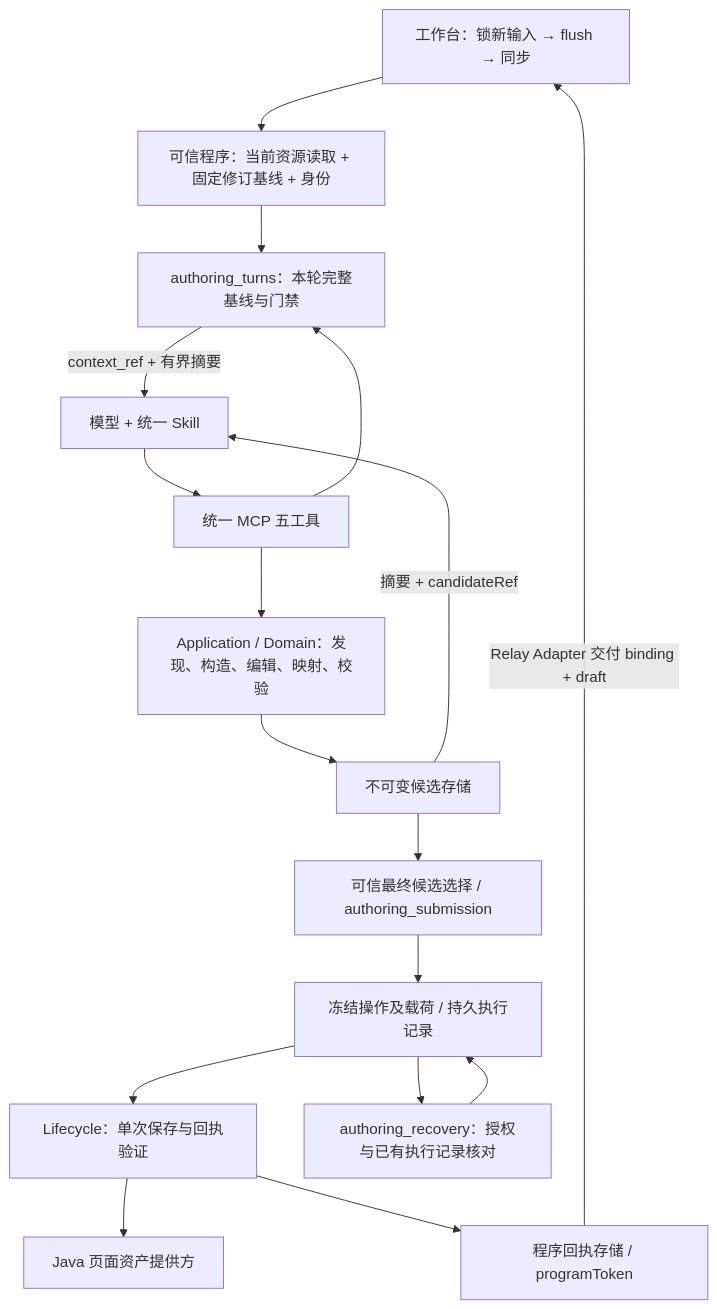
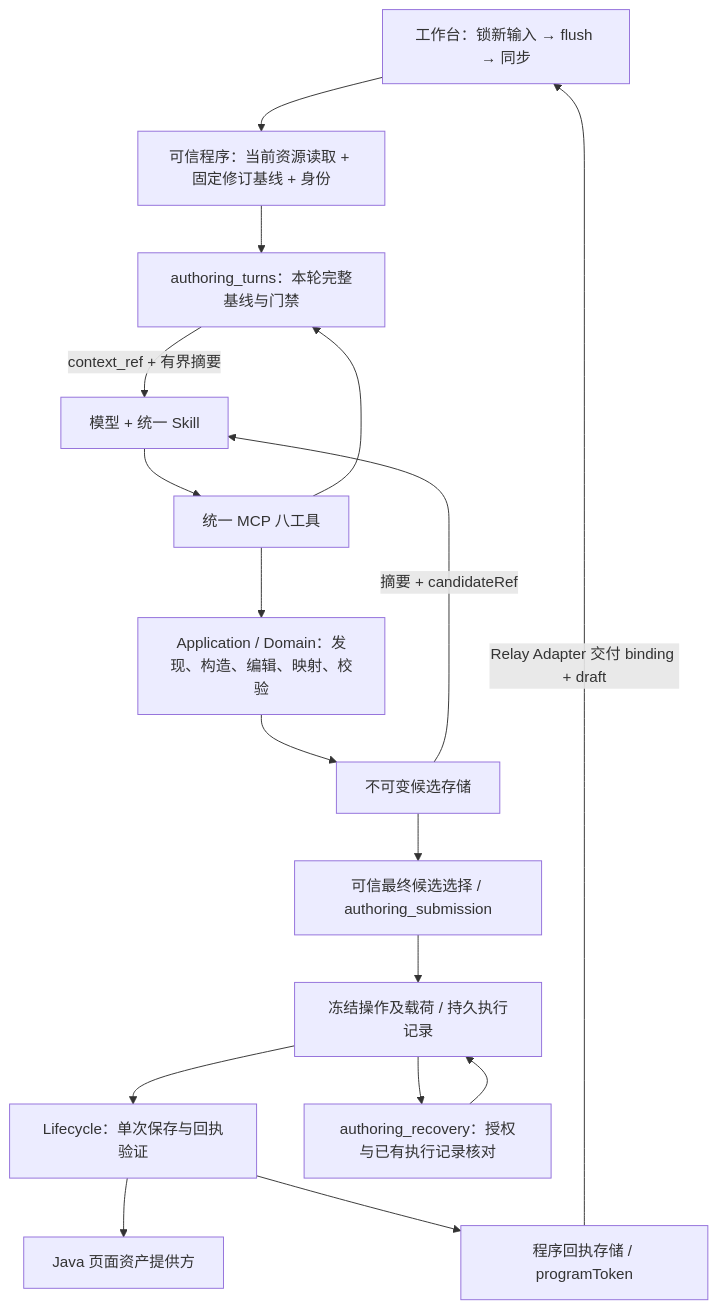
Before and after one commit to CCharlesMeng/MetricCanvas: the diagram in metriccanvas-authoring/ARCHITECTURE.md, drawn with Mermaid. The commit also changed other lines of this file and 1343 other files, not shown here.

Commit message:
feat(authoring): expose page parameter MCP workflows and require schema 6.5

````diff
--- a/metriccanvas-authoring/ARCHITECTURE.md
+++ b/metriccanvas-authoring/ARCHITECTURE.md
@@ -32,19 +32,19 @@
 ```mermaid
 flowchart TD
   UI["工作台：锁新输入 → flush → 同步"] --> L["可信程序：当前资源读取 + 固定修订基线 + 身份"]
   L --> T["authoring_turns：本轮完整基线与门禁"]
   T -->|"context_ref + 有界摘要"| M["模型 + 统一 Skill"]
-  M --> C["统一 MCP 五工具"]
+  M --> C["统一 MCP 八工具"]
   C --> T
   C --> A["Application / Domain：发现、构造、编辑、映射、校验"]
   A --> K["不可变候选存储"]
   K -->|"摘要 + candidateRef"| M
   K --> S["可信最终候选选择 / authoring_submission"]
   S --> R["冻结操作及载荷 / 持久执行记录"]
   R --> LC["Lifecycle：单次保存与回执验证"]
   LC --> J["Java 页面资产提供方"]
   R --> RE["authoring_recovery：授权与已有执行记录核对"]
   RE --> R
   LC --> P["程序回执存储 / programToken"]
   P -->|"Relay Adapter 交付 binding + draft"| UI
 ```
````
